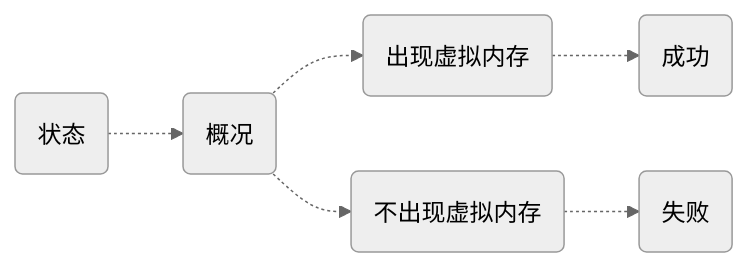
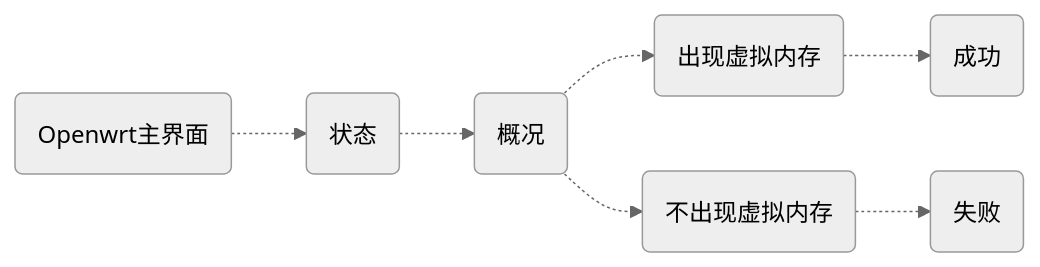
The seventh of 16 diagrams in The configuration of ikuai+openwrt install in pve for Primary and secondary soft routing.md (qingzhiku/MicroService), drawn with Mermaid (neutral theme) before and after one commit. The commit also changed other lines of this file, not shown here.

````diff
--- a/The configuration of ikuai+openwrt install in pve for Primary and secondary soft routing.md
+++ b/The configuration of ikuai+openwrt install in pve for Primary and secondary soft routing.md
@@ -476,11 +502,12 @@
 ```mermaid
 graph LR 
+0(Openwrt主界面)-.->
 1(状态) -.->
 2(概况) 
 4(成功)
 5(失败)
 3.1(出现虚拟内存) -.->4
 3.2(不出现虚拟内存)-.->5
 2-.->3.1
 2-.->3.2
 ```  
````
